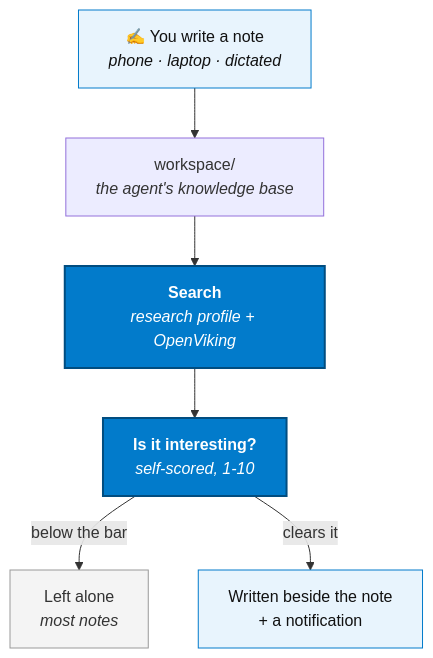
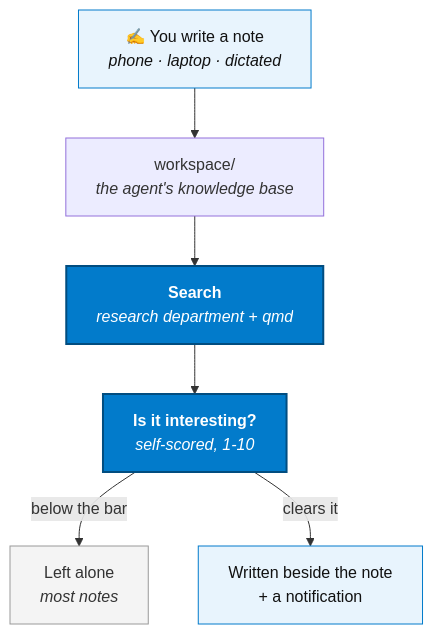
Before and after one commit to jtmckay/existential: the diagram in site/docs/flows/note-connect.md, drawn with Mermaid. The commit also changed other lines of this file and 96 other files, not shown here.

````diff
--- a/site/docs/flows/note-connect.md
+++ b/site/docs/flows/note-connect.md
@@ -10,20 +10,20 @@
 ```mermaid
 flowchart TB
     write["✍️ You write a note<br/><i>phone · laptop · dictated</i>"]
     vault["workspace/<br/><i>the agent's knowledge base</i>"]
-    search["<b>Search</b><br/><i>research profile + OpenViking</i>"]
+    search["<b>Search</b><br/><i>research department + qmd</i>"]
     gate["<b>Is it interesting?</b><br/><i>self-scored, 1-10</i>"]
     skip["Left alone<br/><i>most notes</i>"]
     surface["Written beside the note<br/>+ a notification"]
 
     write --> vault --> search --> gate
     gate -->|"below the bar"| skip
     gate -->|"clears it"| surface
 
     classDef you fill:#e8f4fd,stroke:#027bcb,color:#111
     classDef judge fill:#027bcb,stroke:#014d80,stroke-width:2px,color:#fff
     classDef quiet fill:#f4f4f4,stroke:#999,color:#333
     class write,surface you
     class search,gate judge
     class skip quiet
 ```
````
